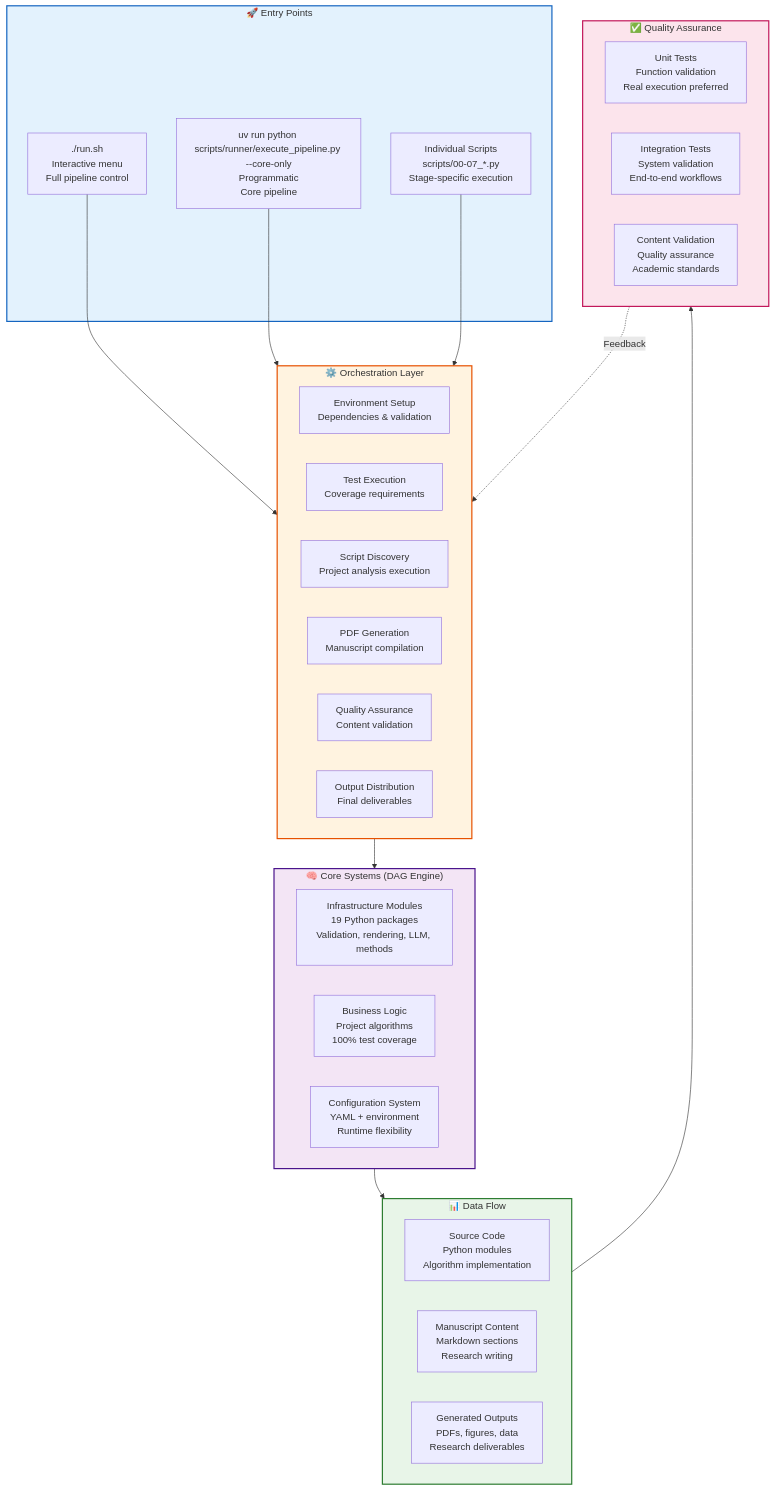
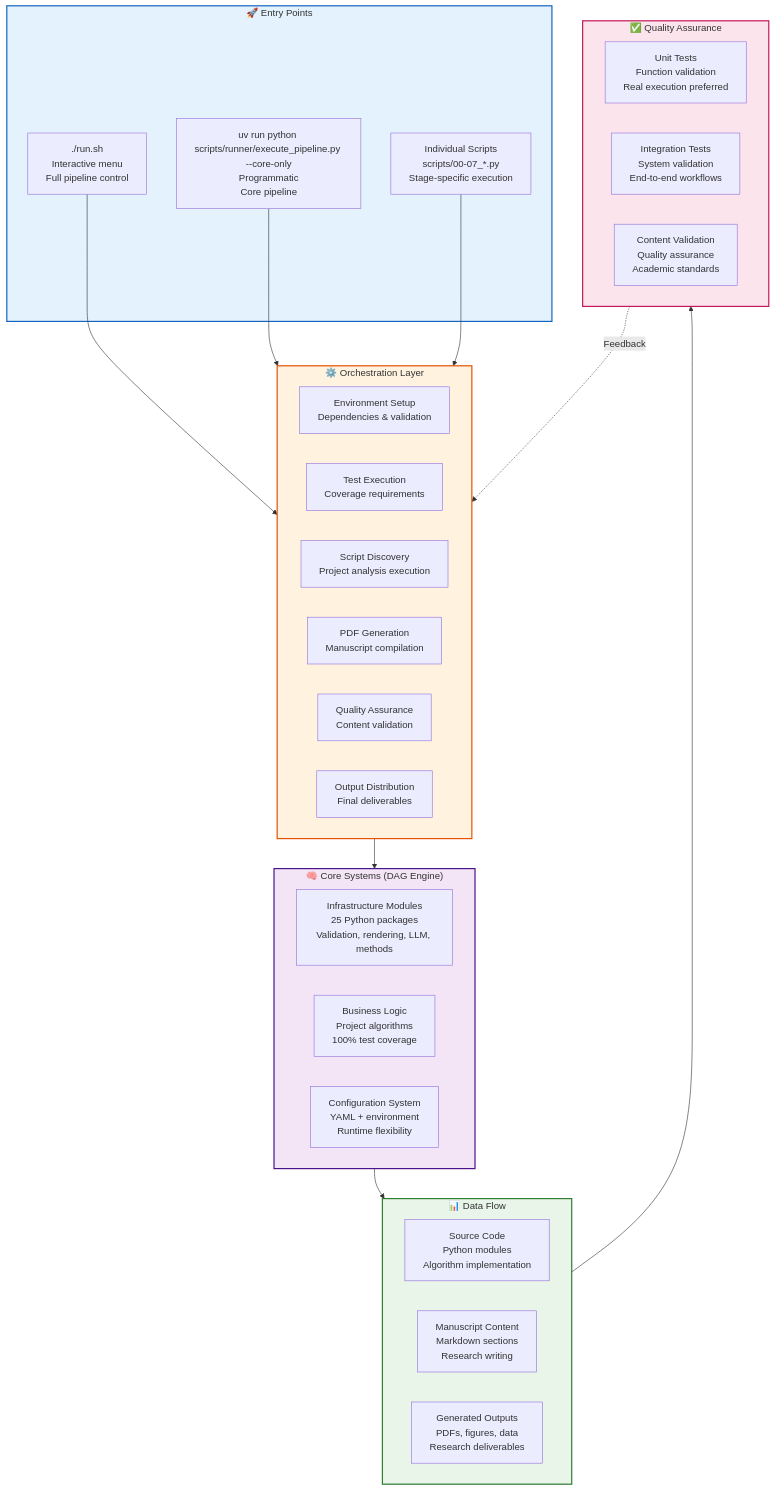
The third of 8 diagrams in .github/README.md (docxology/template), drawn with Mermaid before and after one commit. The commit also changed other lines of this file, not shown here.

````diff
--- a/.github/README.md
+++ b/.github/README.md
@@ -346,57 +346,57 @@
 ```mermaid
 graph TB
     subgraph Entry["🚀 Entry Points"]
         RUNSH[./run.sh<br/>Interactive menu<br/>Full pipeline control]
         RUNALL[uv run python scripts/runner/execute_pipeline.py --core-only<br/>Programmatic<br/>Core pipeline]
         INDIVIDUAL[Individual Scripts<br/>scripts/00-07_*.py<br/>Stage-specific execution]
     end
 
     subgraph Orchestration["⚙️ Orchestration Layer"]
         SETUP[Environment Setup<br/>Dependencies & validation]
         TESTING[Test Execution<br/>Coverage requirements]
         ANALYSIS[Script Discovery<br/>Project analysis execution]
         RENDERING[PDF Generation<br/>Manuscript compilation]
         VALIDATION[Quality Assurance<br/>Content validation]
         DELIVERY[Output Distribution<br/>Final deliverables]
     end
 
     subgraph Core["🧠 Core Systems (DAG Engine)"]
-        INFRASTRUCTURE[Infrastructure Modules<br/>19 Python packages<br/>Validation, rendering, LLM, methods]
+        INFRASTRUCTURE[Infrastructure Modules<br/>25 Python packages<br/>Validation, rendering, LLM, methods]
         BUSINESS_LOGIC[Business Logic<br/>Project algorithms<br/>100% test coverage]
         CONFIGURATION[Configuration System<br/>YAML + environment<br/>Runtime flexibility]
     end
 
     subgraph Data["📊 Data Flow"]
         SOURCE_CODE[Source Code<br/>Python modules<br/>Algorithm implementation]
         MANUSCRIPT_CONTENT[Manuscript Content<br/>Markdown sections<br/>Research writing]
         GENERATED_OUTPUTS[Generated Outputs<br/>PDFs, figures, data<br/>Research deliverables]
     end
 
     subgraph Quality["✅ Quality Assurance"]
         UNIT_TESTS[Unit Tests<br/>Function validation<br/>Real execution preferred]
         INTEGRATION_TESTS[Integration Tests<br/>System validation<br/>End-to-end workflows]
         VALIDATION_CHECKS[Content Validation<br/>Quality assurance<br/>Academic standards]
     end
 
     RUNSH --> Orchestration
     RUNALL --> Orchestration
     INDIVIDUAL --> Orchestration
 
     Orchestration --> Core
     Core --> Data
     Data --> Quality
 
     Quality -.->|Feedback| Orchestration
 
     classDef entry fill:#e3f2fd,stroke:#1565c0,stroke-width:2px
     classDef orchestration fill:#fff3e0,stroke:#e65100,stroke-width:2px
     classDef core fill:#f3e5f5,stroke:#4a148c,stroke-width:2px
     classDef data fill:#e8f5e8,stroke:#2e7d32,stroke-width:2px
     classDef quality fill:#fce4ec,stroke:#c2185b,stroke-width:2px
 
     class Entry entry
     class Orchestration orchestration
     class Core core
     class Data data
     class Quality quality
 ```
````
